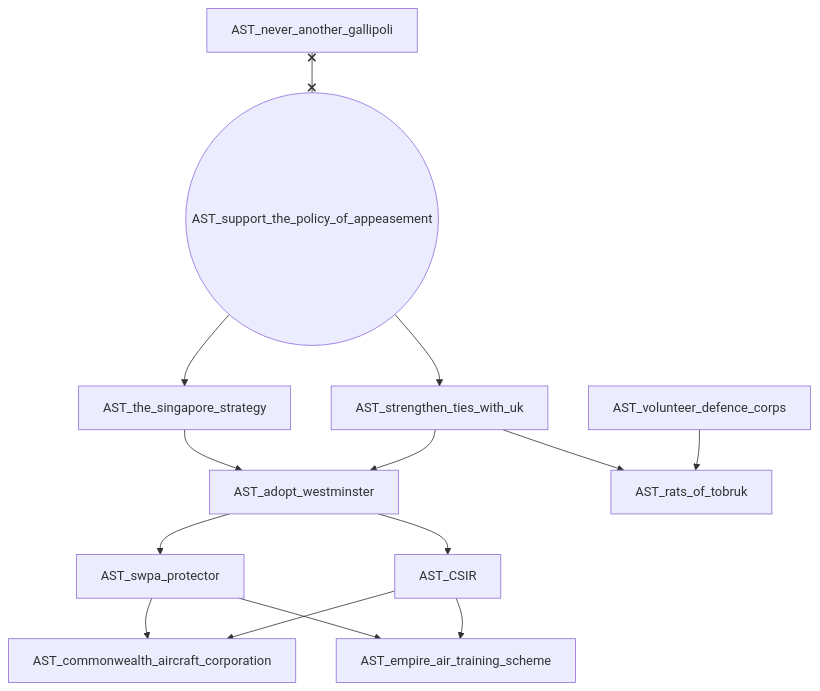
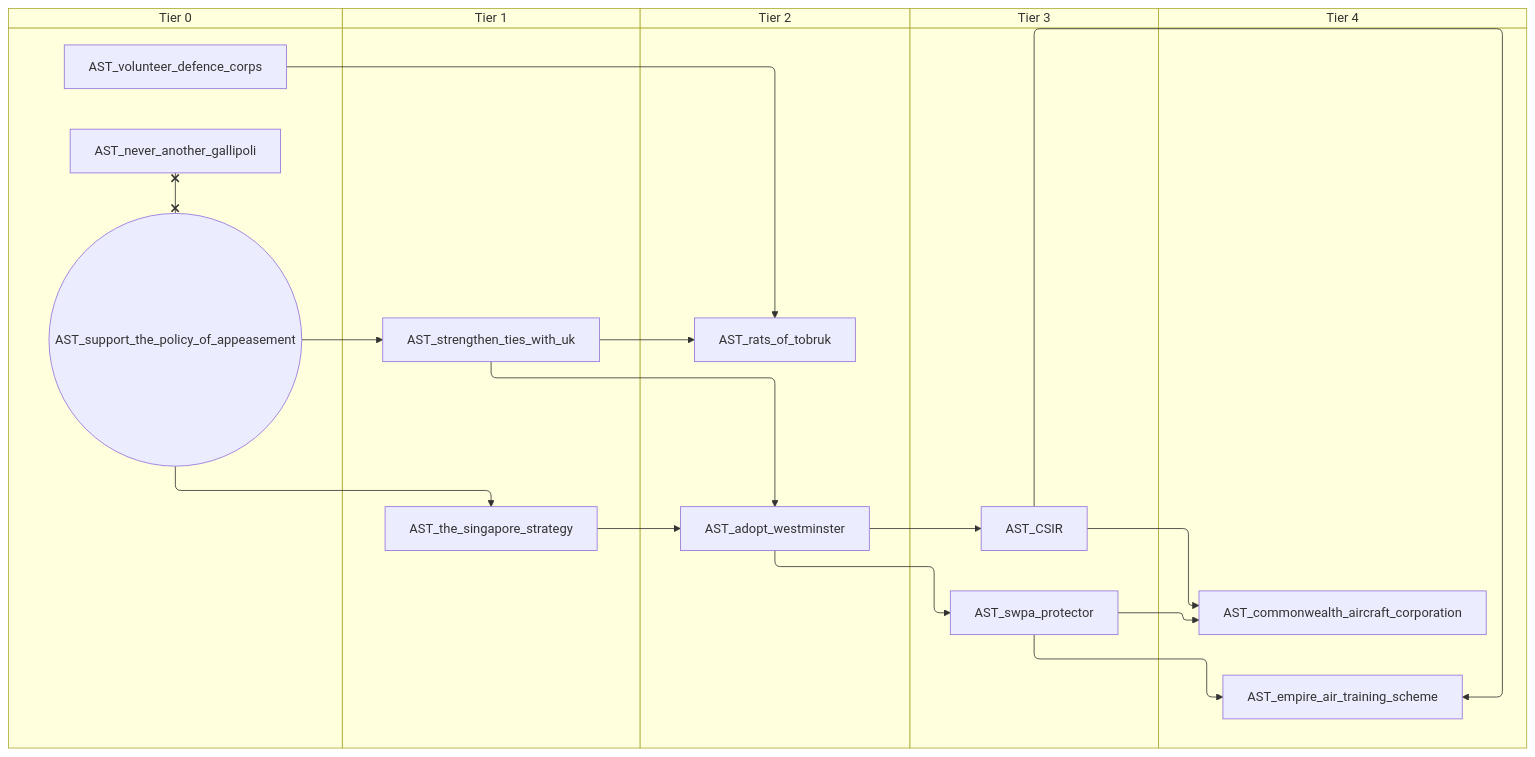
The ninth of 9 diagrams in docs/gdd/National Focuses/australia.md (evgeny-sobol/hoi4-sandbox-mode), drawn with Mermaid before and after one commit. The commit also changed other lines of this file and 80 other files, not shown here.

First line of the commit message:
Add swimlane mode to focus graph exporter

````diff
--- a/docs/gdd/National Focuses/australia.md
+++ b/docs/gdd/National Focuses/australia.md
@@ -325,27 +421,37 @@
 ```mermaid
-flowchart TD
-    n89["AST_CSIR"]
-    n90["AST_adopt_westminster"]
-    n91["AST_commonwealth_aircraft_corporation"]
-    n92["AST_empire_air_training_scheme"]
-    n69["AST_never_another_gallipoli"]
-    n40["AST_rats_of_tobruk"]
-    n43["AST_strengthen_ties_with_uk"]
-    n82(("AST_support_the_policy_of_appeasement"))
-    n93["AST_swpa_protector"]
-    n94["AST_the_singapore_strategy"]
-    n45["AST_volunteer_defence_corps"]
-    n90 --> n89
-    n43 --> n90
-    n94 --> n90
-    n89 --> n91
-    n93 --> n91
-    n89 --> n92
-    n93 --> n92
-    n45 --> n40
-    n43 --> n40
-    n82 --> n43
-    n90 --> n93
-    n82 --> n94
-    n69 x--x n82
+swimlane-beta TD
+    subgraph tier_0["Tier 0"]
+        n59["AST_never_another_gallipoli"]
+        n60(("AST_support_the_policy_of_appeasement"))
+        n31["AST_volunteer_defence_corps"]
+    end
+    subgraph tier_1["Tier 1"]
+        n29["AST_strengthen_ties_with_uk"]
+        n89["AST_the_singapore_strategy"]
+    end
+    subgraph tier_2["Tier 2"]
+        n90["AST_adopt_westminster"]
+        n36["AST_rats_of_tobruk"]
+    end
+    subgraph tier_3["Tier 3"]
+        n91["AST_CSIR"]
+        n92["AST_swpa_protector"]
+    end
+    subgraph tier_4["Tier 4"]
+        n93["AST_commonwealth_aircraft_corporation"]
+        n94["AST_empire_air_training_scheme"]
+    end
+    n90 --> n91
+    n29 --> n90
+    n89 --> n90
+    n91 --> n93
+    n92 --> n93
+    n91 --> n94
+    n92 --> n94
+    n31 --> n36
+    n29 --> n36
+    n60 --> n29
+    n90 --> n92
+    n60 --> n89
+    n59 x--x n60
 ```
````
